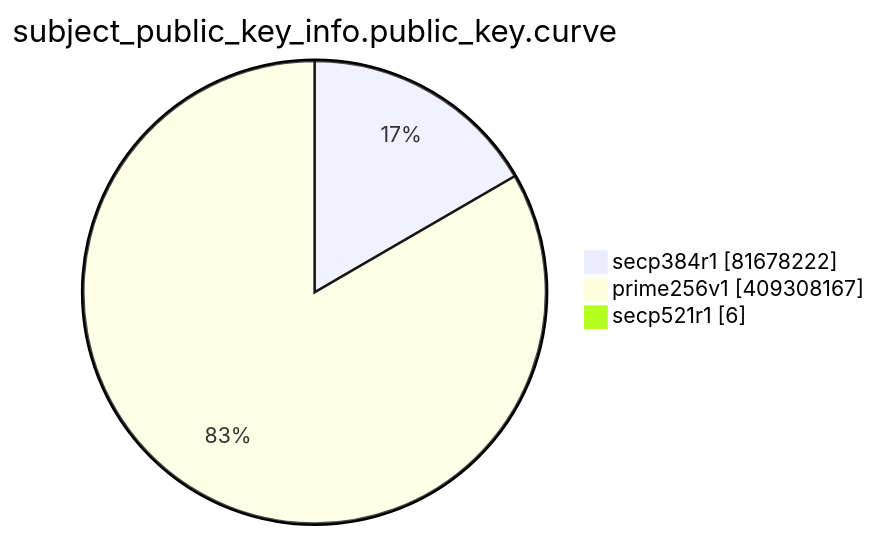
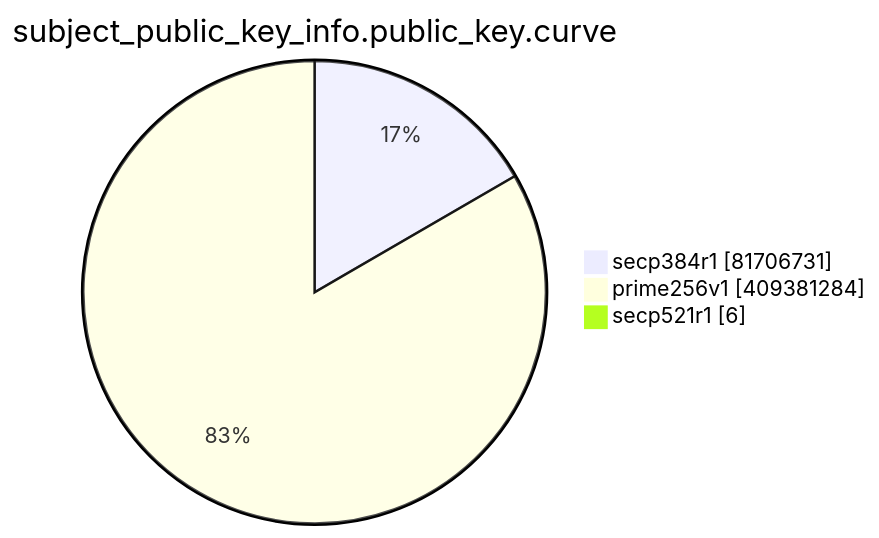
The eighth of 15 diagrams in TOTAL/README.md (christiankrug/ctmonitor_visualization), drawn with Mermaid before and after one commit. The commit also changed other lines of this file, not shown here.

````diff
--- a/TOTAL/README.md
+++ b/TOTAL/README.md
@@ -3096,7 +3096,7 @@
 ```mermaid
 pie showData
 title subject_public_key_info.public_key.curve
-"secp384r1" :81678222
-"prime256v1" :409308167
+"secp384r1" :81706731
+"prime256v1" :409381284
 "secp521r1" :6
 ```
````
